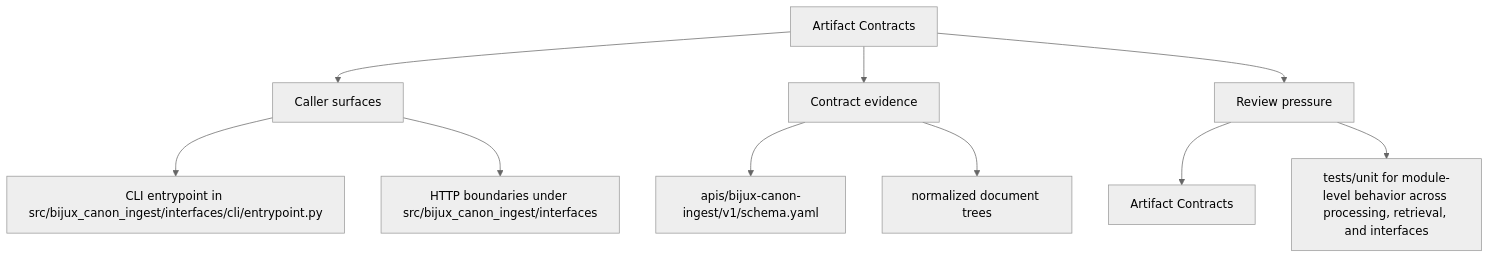
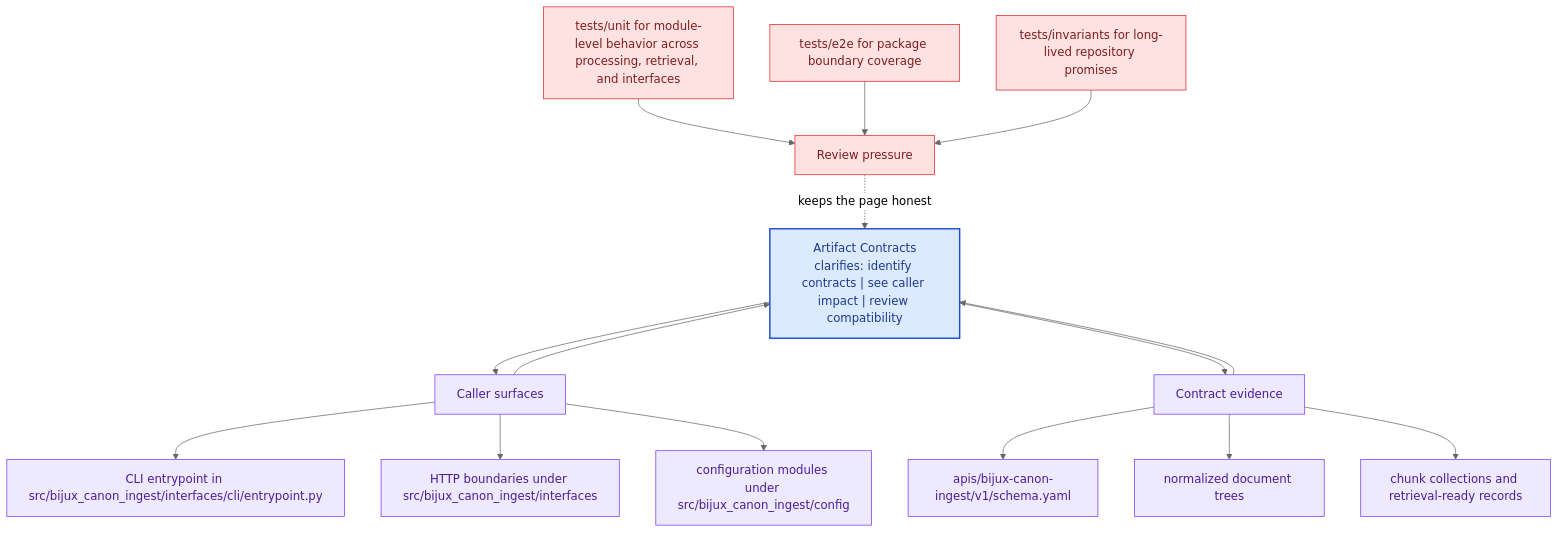
Before and after one commit to bijux/bijux-canon: the second of 2 diagrams in docs/bijux-canon-ingest/interfaces/artifact-contracts.md, drawn with Mermaid (neutral theme). The commit also changed other lines of this file and 281 other files, not shown here.

Commit message:
docs(diagrams): deepen handbook mermaid maps across the catalog

````diff
--- a/docs/bijux-canon-ingest/interfaces/artifact-contracts.md
+++ b/docs/bijux-canon-ingest/interfaces/artifact-contracts.md
@@ -35,22 +68,41 @@
 ```mermaid
-flowchart TD
-    page["Artifact Contracts"]
+flowchart TB
+    promise["Artifact Contracts<br/>clarifies: identify contracts | see caller impact | review compatibility"]
+    classDef promise fill:#dbeafe,stroke:#1d4ed8,color:#1e3a8a,stroke-width:2px;
+    classDef driver fill:#dcfce7,stroke:#16a34a,color:#14532d;
+    classDef constraint fill:#fee2e2,stroke:#dc2626,color:#7f1d1d;
+    classDef ground fill:#ede9fe,stroke:#7c3aed,color:#4c1d95;
     focus1["Caller surfaces"]
-    page --> focus1
+    focus1 --> promise
+    promise --> focus1
     focus1_1["CLI entrypoint in src/bijux_canon_ingest/interfaces/cli/entrypoint.py"]
     focus1 --> focus1_1
     focus1_2["HTTP boundaries under src/bijux_canon_ingest/interfaces"]
     focus1 --> focus1_2
+    focus1_3["configuration modules under src/bijux_canon_ingest/config"]
+    focus1 --> focus1_3
+    class focus1 ground;
+    class focus1_1,focus1_2,focus1_3 ground;
     focus2["Contract evidence"]
-    page --> focus2
+    focus2 --> promise
+    promise --> focus2
     focus2_1["apis/bijux-canon-ingest/v1/schema.yaml"]
     focus2 --> focus2_1
     focus2_2["normalized document trees"]
     focus2 --> focus2_2
+    focus2_3["chunk collections and retrieval-ready records"]
+    focus2 --> focus2_3
+    class focus2 ground;
+    class focus2_1,focus2_2,focus2_3 ground;
     focus3["Review pressure"]
-    page --> focus3
-    focus3_1["Artifact Contracts"]
-    focus3 --> focus3_1
-    focus3_2["tests/unit for module-level behavior across processing, retrieval, and interfaces"]
-    focus3 --> focus3_2
+    focus3 -.keeps the page honest.-> promise
+    focus3_1["tests/unit for module-level behavior across processing, retrieval, and interfaces"]
+    focus3_1 --> focus3
+    focus3_2["tests/e2e for package boundary coverage"]
+    focus3_2 --> focus3
+    focus3_3["tests/invariants for long-lived repository promises"]
+    focus3_3 --> focus3
+    class focus3 constraint;
+    class focus3_1,focus3_2,focus3_3 constraint;
+    class promise promise;
 ```
````
